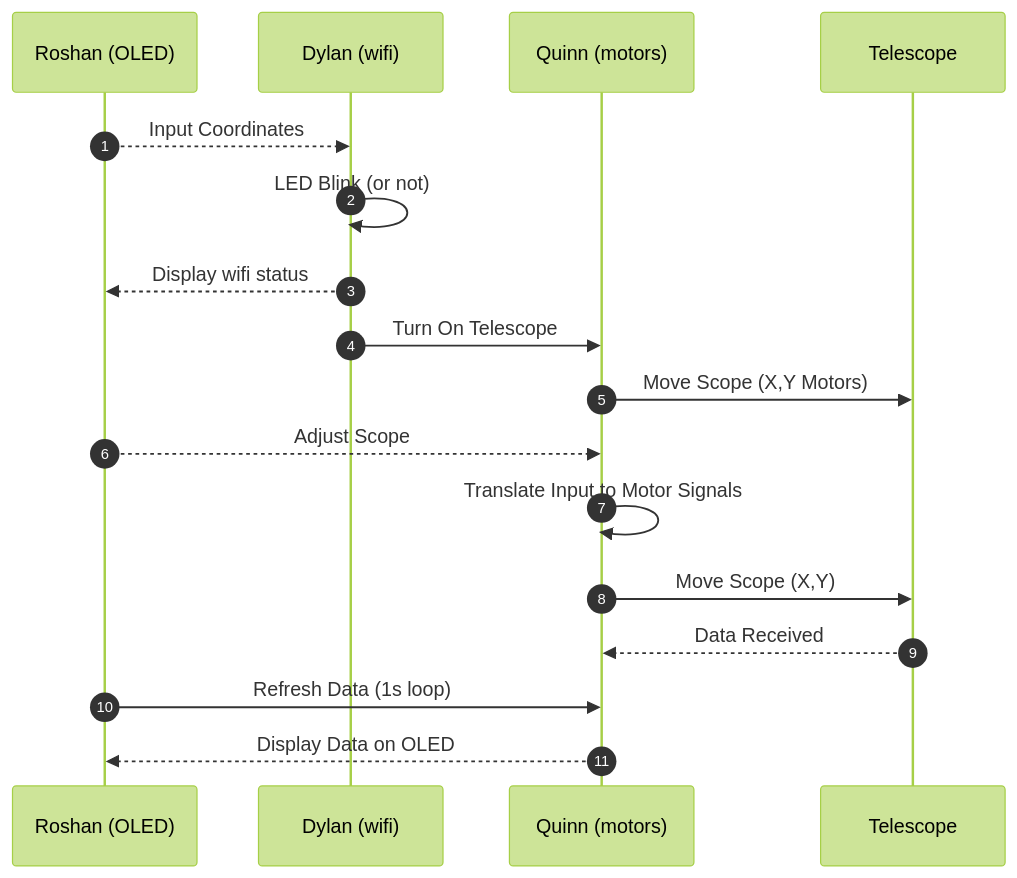
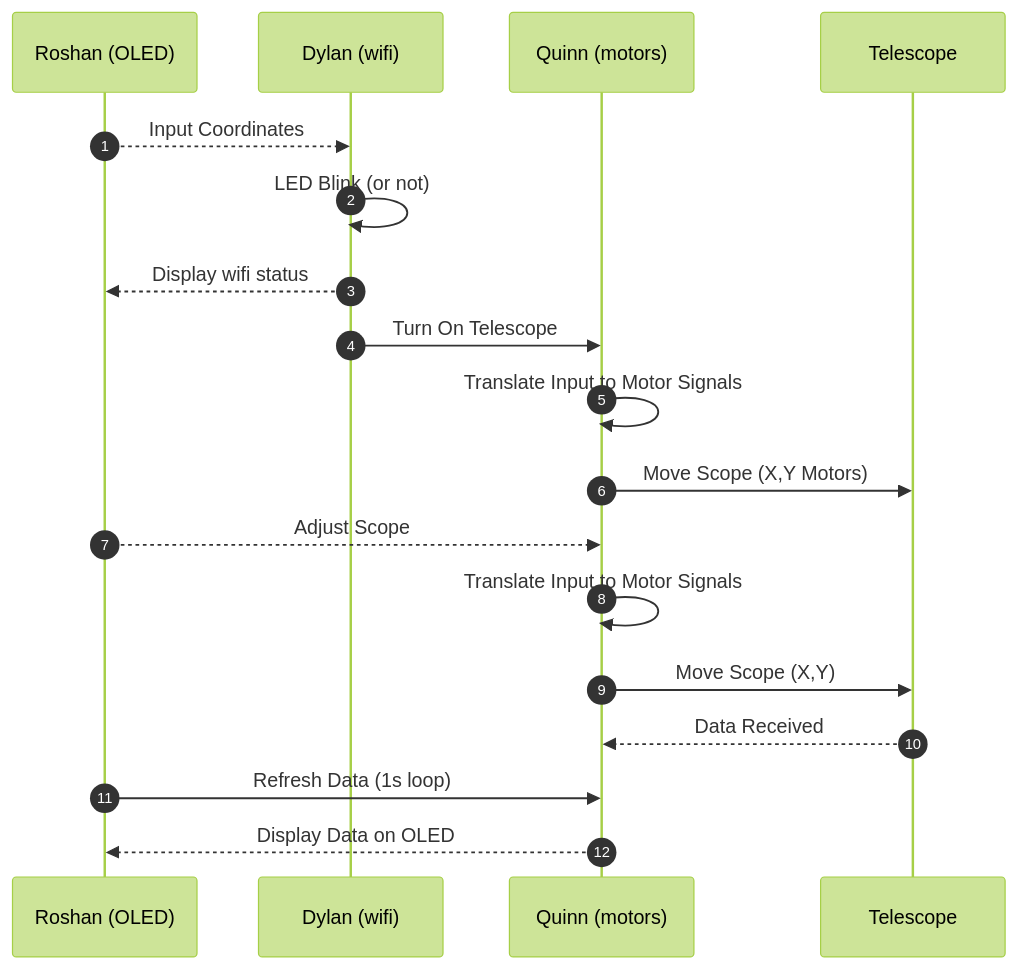
One commit to EGR314-S-2026-304/EGR314-S-2026-304.github.io changed the diagram in docs/04-Team-Diagram.md. Above: the diagram before and after it, drawn with Mermaid (forest theme).

````diff
--- a/docs/04-Team-Diagram.md
+++ b/docs/04-Team-Diagram.md
@@ -14,24 +14,25 @@
 ``` mermaid
 sequenceDiagram
   autonumber
 
 
   participant Roshan (OLED)
   participant Dylan (wifi)
   participant Quinn (motors)
   participant Telescope
 
   Roshan (OLED)-->>Dylan (wifi): Input Coordinates
   Dylan (wifi)->>Dylan (wifi): LED Blink (or not)
   Dylan (wifi)-->>Roshan (OLED): Display wifi status
   Dylan (wifi)->>Quinn (motors): Turn On Telescope
+  Quinn (motors)->>Quinn (motors): Translate Input to Motor Signals
   Quinn (motors)->>Telescope: Move Scope (X,Y Motors)
 
   Roshan (OLED)-->>Quinn (motors): Adjust Scope
   Quinn (motors)->>Quinn (motors): Translate Input to Motor Signals
   Quinn (motors)->>Telescope: Move Scope (X,Y)
 
   Telescope-->>Quinn (motors): Data Received
   Roshan (OLED)->>Quinn (motors): Refresh Data (1s loop)
   Quinn (motors)-->>Roshan (OLED): Display Data on OLED
 ```
````
